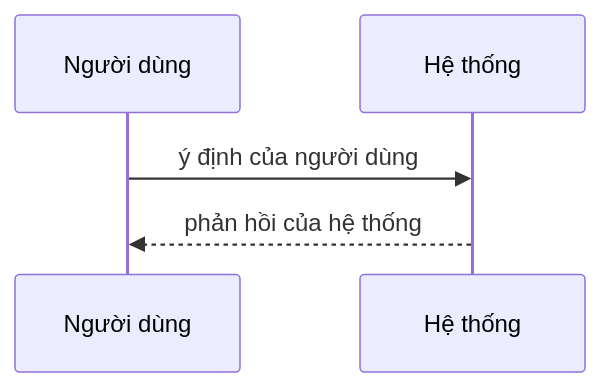
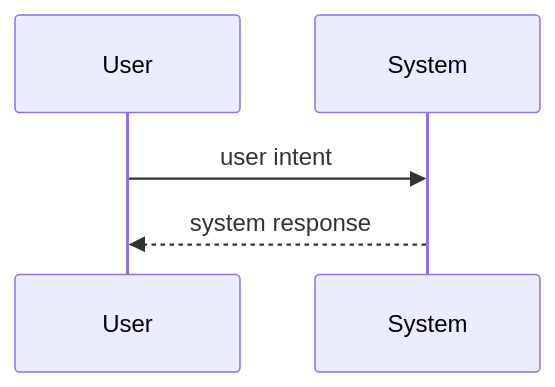
The diagram in docs/spec/02-use-cases/_TEMPLATE.md (BuhDuy256/cod-sync), drawn with Mermaid before and after one commit. The commit also changed other lines of this file and 40 other files, not shown here.

````diff
--- a/docs/spec/02-use-cases/_TEMPLATE.md
+++ b/docs/spec/02-use-cases/_TEMPLATE.md
@@ -16,7 +16,7 @@
 ```mermaid
 sequenceDiagram
-  participant U as Người dùng
-  participant S as Hệ thống
-  U->>S: ý định của người dùng
-  S-->>U: phản hồi của hệ thống
+  participant U as User
+  participant S as System
+  U->>S: user intent
+  S-->>U: system response
 ```
````
